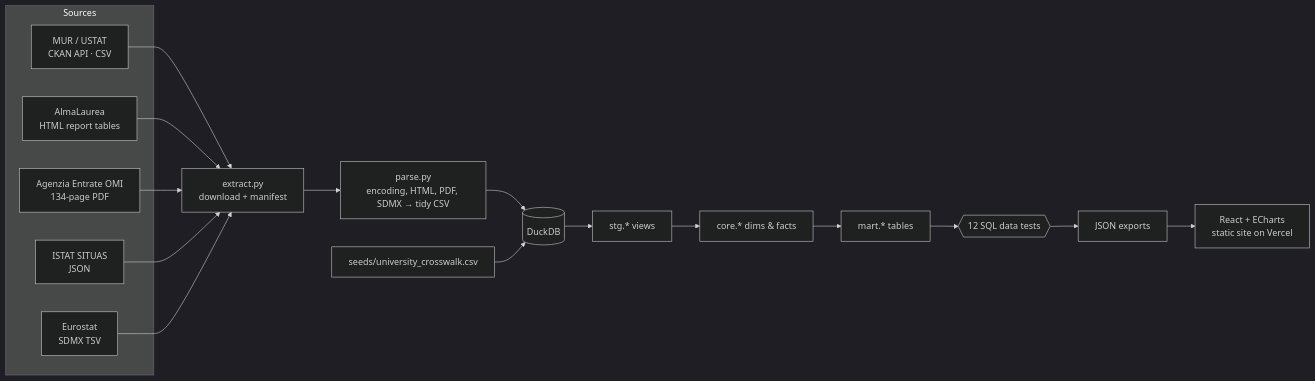
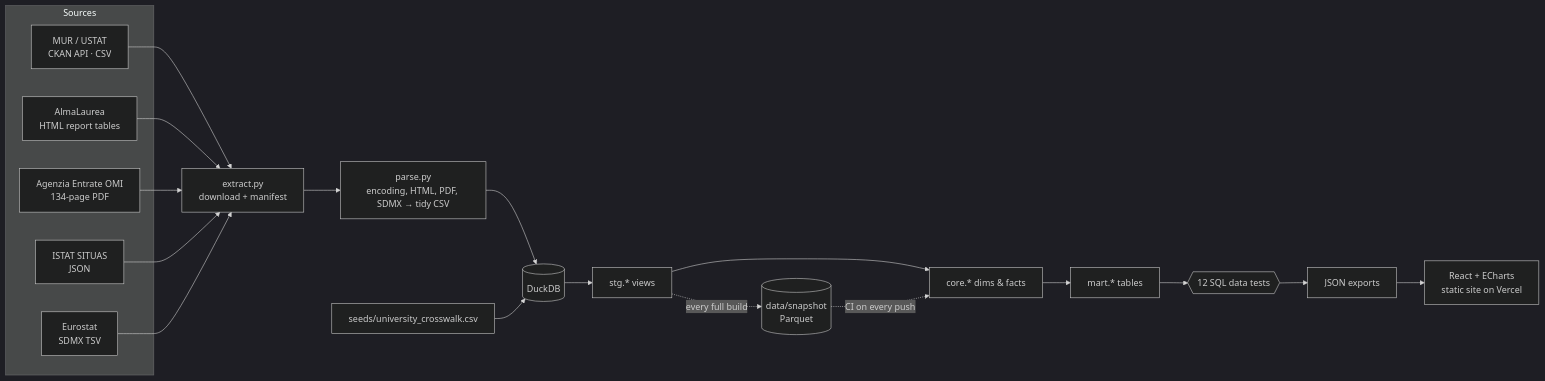
Before and after one commit to hakan-ay/eu-education-expenses-comparison: the diagram in README.md, drawn with Mermaid (dark theme).

Commit message:
README: show the staging snapshot and CI path in the architecture diagram

````diff
--- a/README.md
+++ b/README.md
@@ -55,17 +55,19 @@
 ```mermaid
 flowchart LR
     subgraph Sources
         MUR[MUR / USTAT<br/>CKAN API · CSV]
         AL[AlmaLaurea<br/>HTML report tables]
         OMI[Agenzia Entrate OMI<br/>134-page PDF]
         IS[ISTAT SITUAS<br/>JSON]
         ES[Eurostat<br/>SDMX TSV]
     end
     MUR & AL & OMI & IS & ES --> X[extract.py<br/>download + manifest]
     X --> P[parse.py<br/>encoding, HTML, PDF, SDMX → tidy CSV]
     P --> D[(DuckDB)]
     SEED[seeds/university_crosswalk.csv] --> D
     D --> S1[stg.* views] --> S2[core.* dims & facts] --> S3[mart.* tables]
     S3 --> T{{12 SQL data tests}}
     T --> J[JSON exports] --> W[React + ECharts<br/>static site on Vercel]
+    S1 -. every full build .-> SNAP[(data/snapshot<br/>Parquet)]
+    SNAP -. CI on every push .-> S2
 ```
````
